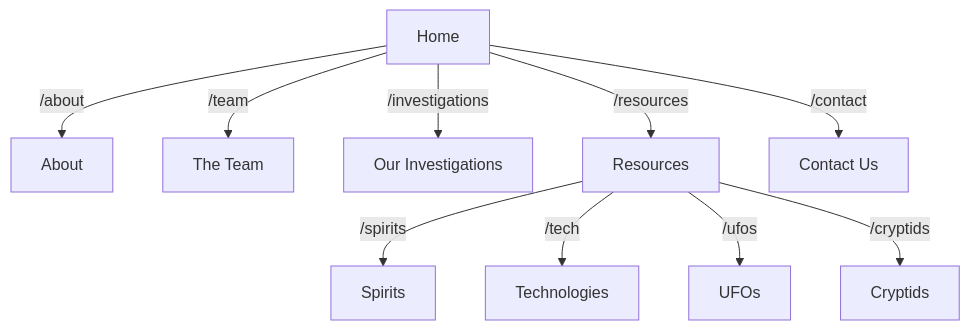
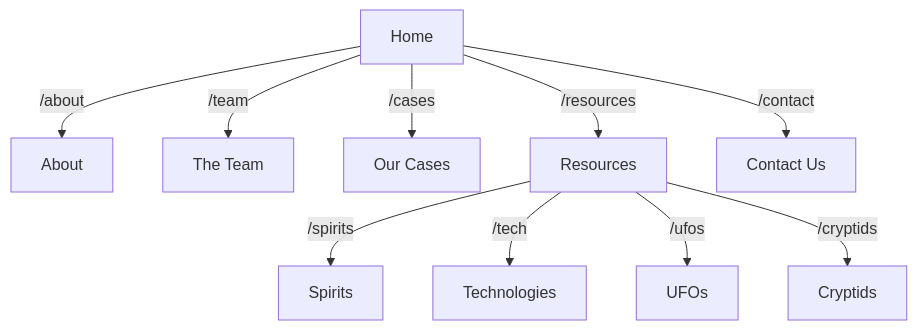
Before and after one commit to Skylands-Developers/skylands-paranormal: the diagram in README.md, drawn with Mermaid. The commit also changed other lines of this file and 3 other files, not shown here.

Commit message:
Rename Investigations to Cases

````diff
--- a/README.md
+++ b/README.md
@@ -18,12 +18,12 @@
 ```mermaid
 flowchart TB;
 	Home--/about-->About;
 	Home--/team-->TheTeam[The Team];
-	Home--/investigations-->OurInvestigations[Our Investigations];
+	Home--/cases-->OurCases[Our Cases];
 	Home--/resources-->Resources;
 	Home--/contact-->ContactUs[Contact Us];
 	Resources--/spirits-->Spirits
 	Resources--/tech-->Technologies
 	Resources--/ufos-->UFOs
 	Resources--/cryptids-->Cryptids
 ```
````
